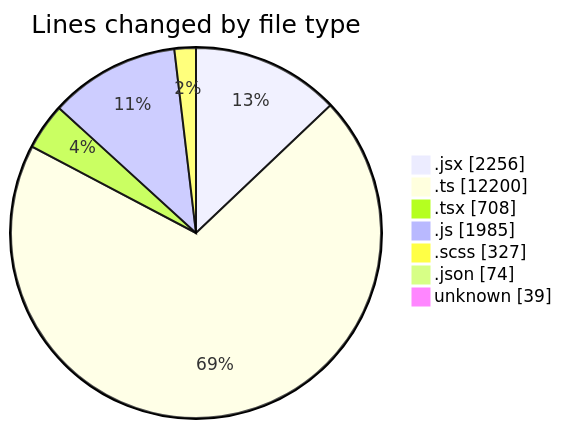
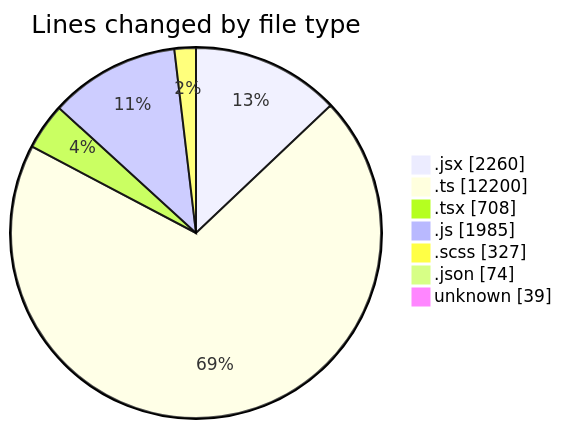
The first of 2 diagrams in 2025-06-05/cda/README.md (momahboobian/code-tracking), drawn with Mermaid before and after one commit. The commit also changed other lines of this file and 1 other file, not shown here.

````diff
--- a/2025-06-05/cda/README.md
+++ b/2025-06-05/cda/README.md
@@ -51,11 +51,11 @@
 ```mermaid
 pie showData
 title Lines changed by file type
-".jsx" : 2256
+".jsx" : 2260
 ".ts" : 12200
 ".tsx" : 708
 ".js" : 1985
 ".scss" : 327
 ".json" : 74
 "unknown" : 39
 ```
````
